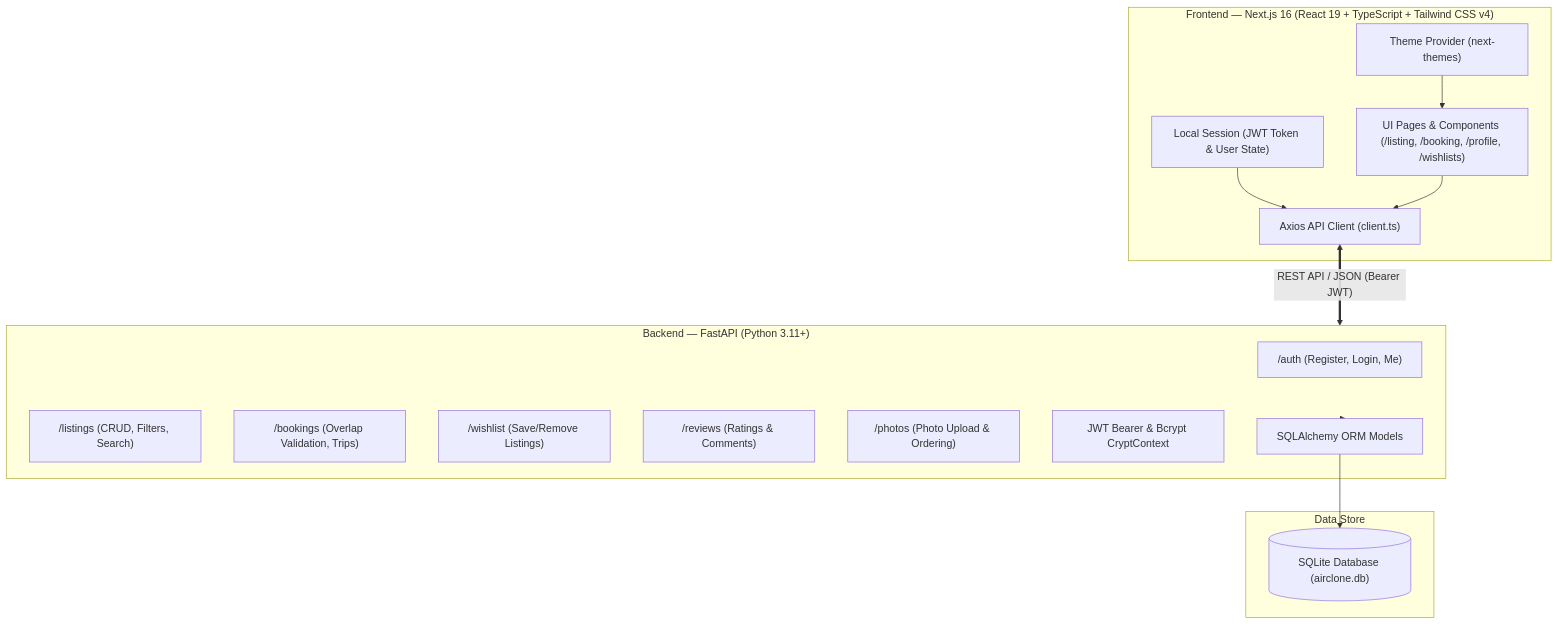
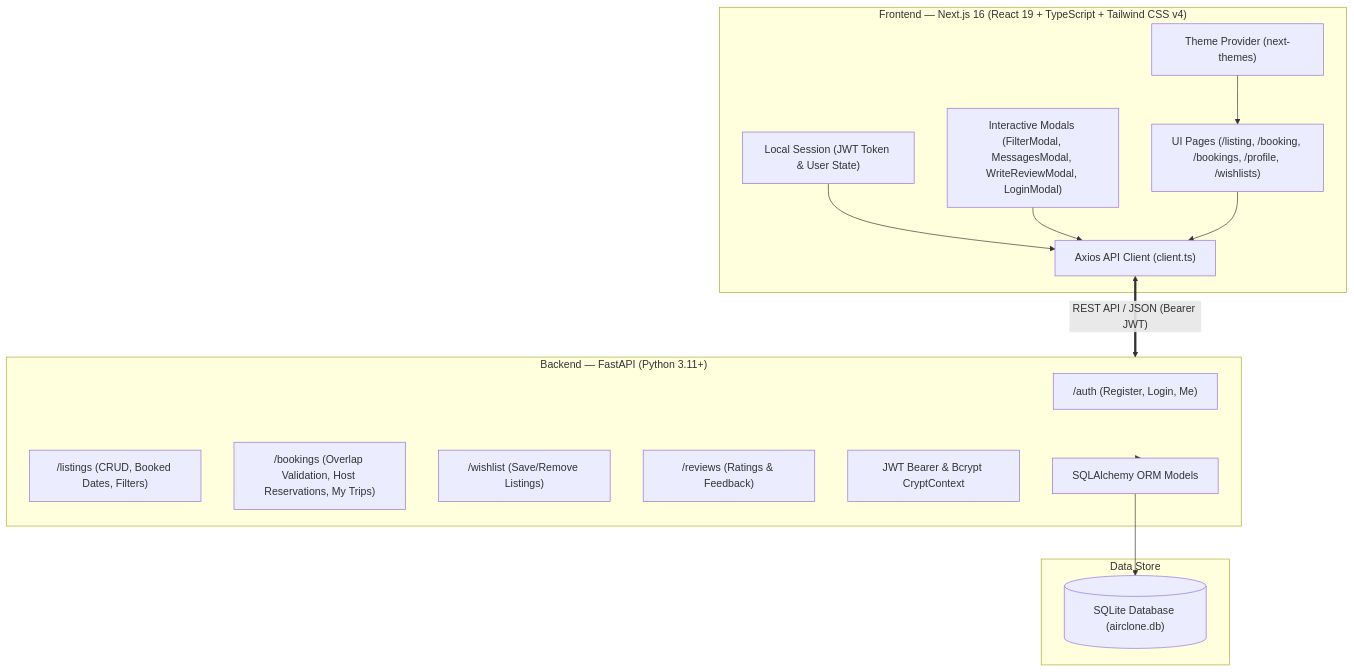
Before and after one commit to Hari-rao09/verite-airbnb: the diagram in README.md, drawn with Mermaid. The commit also changed other lines of this file, not shown here.

````diff
--- a/README.md
+++ b/README.md
@@ -76,33 +127,34 @@
 ```mermaid
 graph TD
     subgraph Client ["Frontend — Next.js 16 (React 19 + TypeScript + Tailwind CSS v4)"]
-        UI["UI Pages & Components (/listing, /booking, /profile, /wishlists)"]
+        UI["UI Pages (/listing, /booking, /bookings, /profile, /wishlists)"]
+        MODALS["Interactive Modals (FilterModal, MessagesModal, WriteReviewModal, LoginModal)"]
         THEME["Theme Provider (next-themes)"]
         API_CLIENT["Axios API Client (client.ts)"]
         AUTH_STORE["Local Session (JWT Token & User State)"]
 
         THEME --> UI
         AUTH_STORE --> API_CLIENT
+        MODALS --> API_CLIENT
         UI --> API_CLIENT
     end
 
     subgraph Server ["Backend — FastAPI (Python 3.11+)"]
         ROUTER_AUTH["/auth (Register, Login, Me)"]
-        ROUTER_LISTINGS["/listings (CRUD, Filters, Search)"]
-        ROUTER_BOOKINGS["/bookings (Overlap Validation, Trips)"]
+        ROUTER_LISTINGS["/listings (CRUD, Booked Dates, Filters)"]
+        ROUTER_BOOKINGS["/bookings (Overlap Validation, Host Reservations, My Trips)"]
         ROUTER_WISHLIST["/wishlist (Save/Remove Listings)"]
-        ROUTER_REVIEWS["/reviews (Ratings & Comments)"]
-        ROUTER_PHOTOS["/photos (Photo Upload & Ordering)"]
+        ROUTER_REVIEWS["/reviews (Ratings & Feedback)"]
         
         SECURITY["JWT Bearer & Bcrypt CryptContext"]
         ORM["SQLAlchemy ORM Models"]
     end
 
     subgraph Database ["Data Store"]
         SQLITE[("SQLite Database (airclone.db)")]
     end
 
     API_CLIENT <==>|"REST API / JSON (Bearer JWT)"| Server
     Server --> ORM
     ORM --> SQLITE
 ```
````
